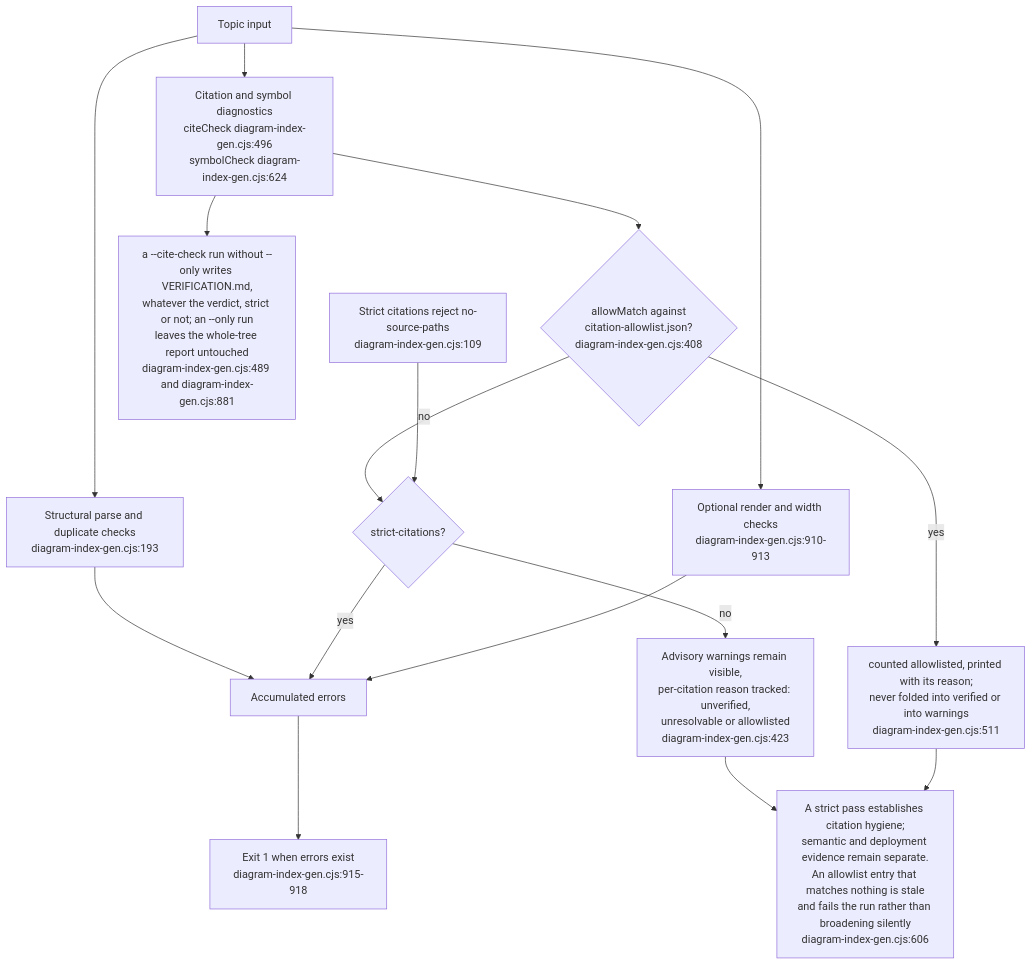
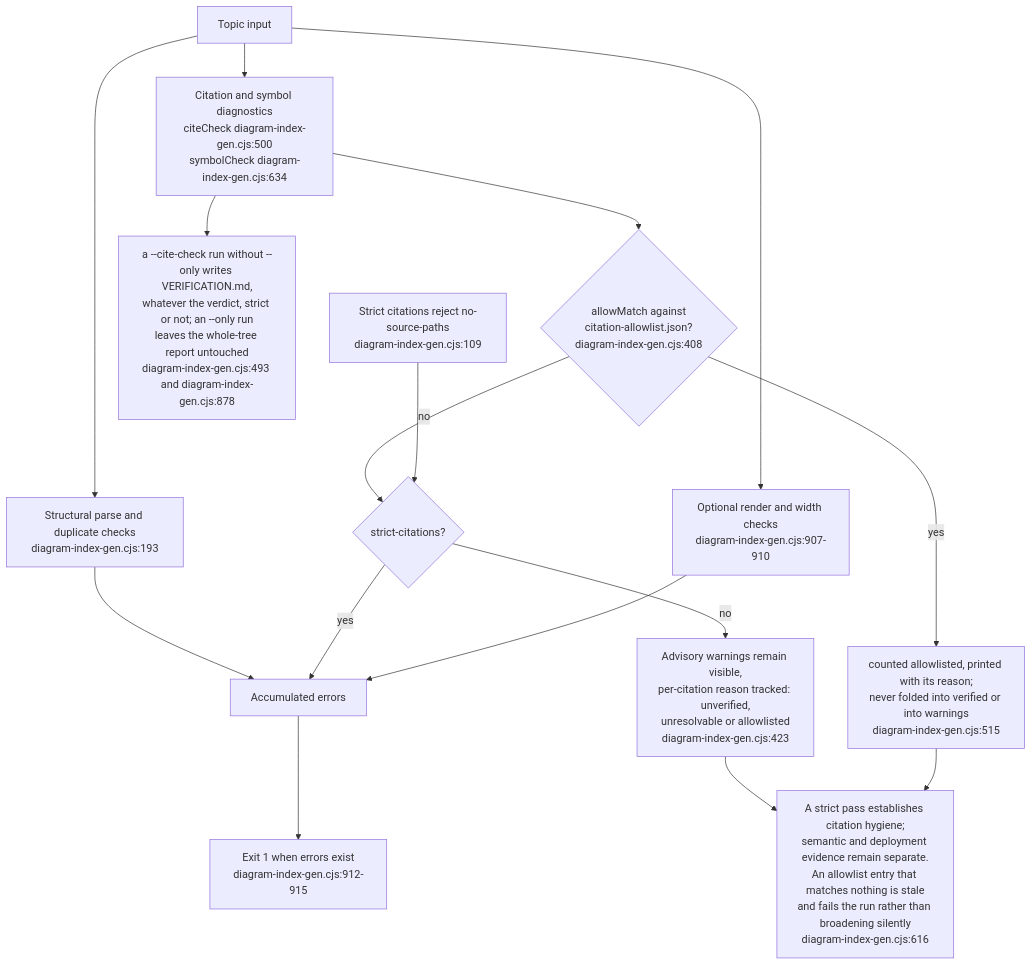
One commit to DreamLab-AI/VisionFlow changed the ninth of 15 diagrams in docs/diagrams/visionflow/06-diagram-tooling.md. Above: the diagram before and after it, drawn with Mermaid. The commit also changed other lines of this file and 142 other files, not shown here.

First line of the commit message:
docs(diagrams): one System One route; re-verify 140 topics at today's heads

````diff
--- a/docs/diagrams/visionflow/06-diagram-tooling.md
+++ b/docs/diagrams/visionflow/06-diagram-tooling.md
@@ -291,19 +292,19 @@
 ```mermaid
 flowchart TB
     I["Topic input"] --> P["Structural parse and duplicate checks<br/>diagram-index-gen.cjs:193"]
     P --> ERR["Accumulated errors"]
-    I --> C["Citation and symbol diagnostics<br/>citeCheck diagram-index-gen.cjs:496<br/>symbolCheck diagram-index-gen.cjs:624"]
+    I --> C["Citation and symbol diagnostics<br/>citeCheck diagram-index-gen.cjs:500<br/>symbolCheck diagram-index-gen.cjs:634"]
     C --> WAIVE{"allowMatch against<br/>citation-allowlist.json?<br/>diagram-index-gen.cjs:408"}
-    WAIVE -->|yes| NOTE["counted allowlisted, printed with its reason;<br/>never folded into verified or into warnings<br/>diagram-index-gen.cjs:511"]
+    WAIVE -->|yes| NOTE["counted allowlisted, printed with its reason;<br/>never folded into verified or into warnings<br/>diagram-index-gen.cjs:515"]
     WAIVE -->|no| STRICT{"strict-citations?"}
     STRICT -->|yes| ERR
     STRICT -->|no| WARN["Advisory warnings remain visible,<br/>per-citation reason tracked: unverified,<br/>unresolvable or allowlisted<br/>diagram-index-gen.cjs:423"]
-    C --> VER["a --cite-check run without --only writes VERIFICATION.md,<br/>whatever the verdict, strict or not; an --only run<br/>leaves the whole-tree report untouched<br/>diagram-index-gen.cjs:489 and diagram-index-gen.cjs:881"]
-    I --> R["Optional render and width checks<br/>diagram-index-gen.cjs:910-913"]
+    C --> VER["a --cite-check run without --only writes VERIFICATION.md,<br/>whatever the verdict, strict or not; an --only run<br/>leaves the whole-tree report untouched<br/>diagram-index-gen.cjs:493 and diagram-index-gen.cjs:878"]
+    I --> R["Optional render and width checks<br/>diagram-index-gen.cjs:907-910"]
     R --> ERR
-    ERR --> FAIL["Exit 1 when errors exist<br/>diagram-index-gen.cjs:915-918"]
+    ERR --> FAIL["Exit 1 when errors exist<br/>diagram-index-gen.cjs:912-915"]
     MODE["Strict citations reject no-source-paths<br/>diagram-index-gen.cjs:109"] --> STRICT
-    LIMIT["A strict pass establishes citation hygiene;<br/>semantic and deployment evidence remain separate.<br/>An allowlist entry that matches nothing is stale<br/>and fails the run rather than broadening silently<br/>diagram-index-gen.cjs:606"]
+    LIMIT["A strict pass establishes citation hygiene;<br/>semantic and deployment evidence remain separate.<br/>An allowlist entry that matches nothing is stale<br/>and fails the run rather than broadening silently<br/>diagram-index-gen.cjs:616"]
     WARN --> LIMIT
     NOTE --> LIMIT
 ```
````
